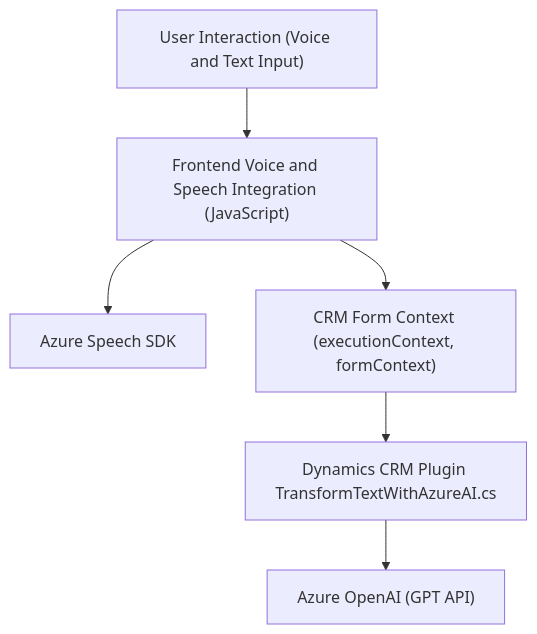
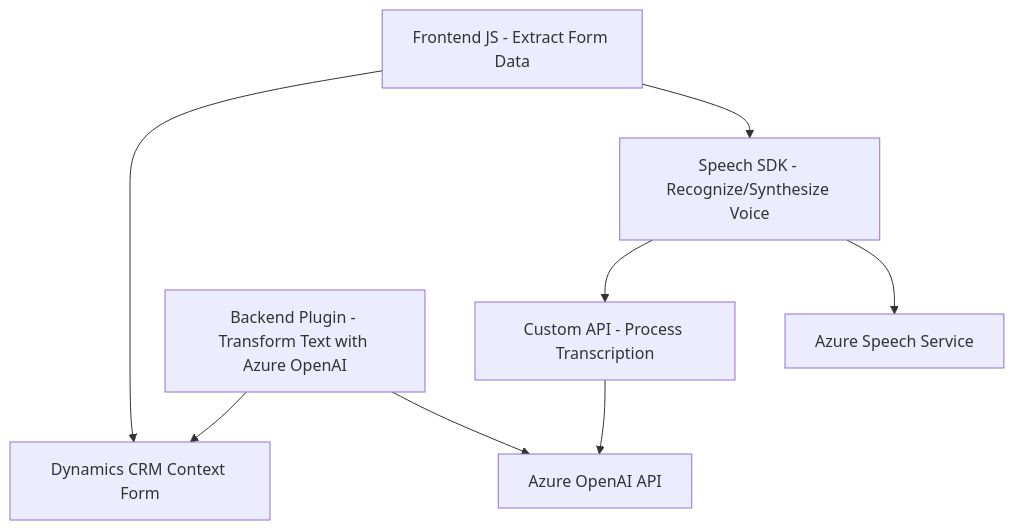
Before and after one commit to blopezdm/NETCORE_BILBAO2025: the diagram in README.md, drawn with Mermaid. The commit also changed other lines of this file, not shown here.

````diff
--- a/README.md
+++ b/README.md
@@ -44,15 +50,18 @@
 ```mermaid
 graph TD
-    A["Dynamics CRM Plugin TransformTextWithAzureAI.cs"]
-    B["Azure OpenAI (GPT API)"]
-    C["Frontend Voice and Speech Integration (JavaScript)"]
-    D["Azure Speech SDK"]
-    E["CRM Form Context (executionContext, formContext)"]
-    F["User Interaction (Voice and Text Input)"]
-
+    A["Frontend JS - Extract Form Data"]
+    B["Speech SDK - Recognize/Synthesize Voice"]
+    C["Custom API - Process Transcription"]
+    D["Backend Plugin - Transform Text with Azure OpenAI"]
+    E["Dynamics CRM Context Form"]
+    F["Azure Speech Service"]
+    G["Azure OpenAI API"]
+    
     A --> B
-    C --> D
-    C --> E
-    F --> C
-    E --> A
+    B --> F
+    B --> C
+    C --> G
+    A --> E
+    D --> G
+    D --> E
 ```
````
